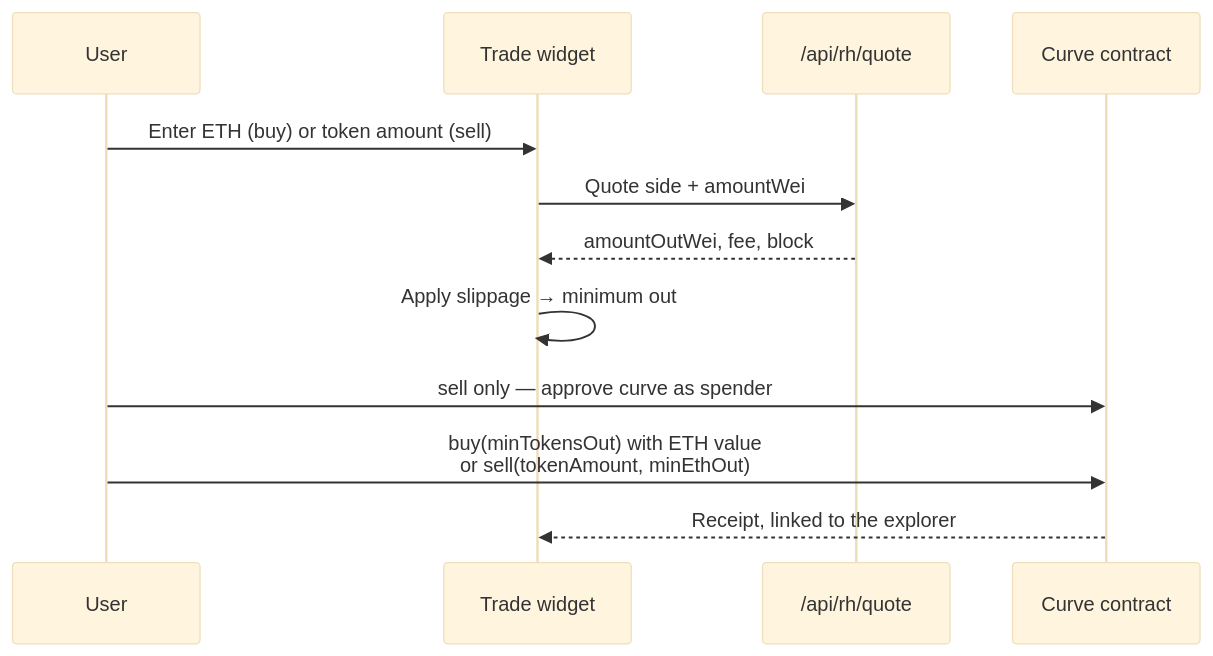
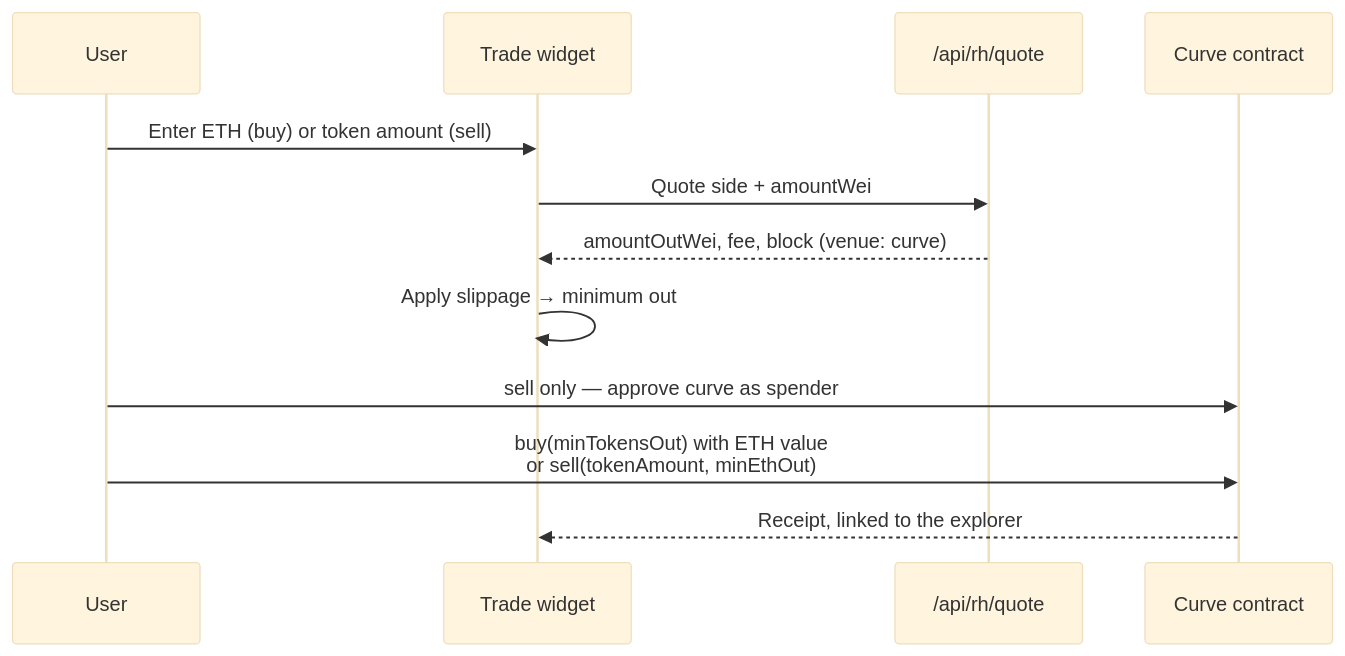
Before and after one commit to nrlartt/bagscan: the second of 3 diagrams in README.md, drawn with Mermaid (base theme). The commit also changed other lines of this file and 7 other files, not shown here.

````diff
--- a/README.md
+++ b/README.md
@@ -64,15 +67,15 @@
 ```mermaid
 sequenceDiagram
     participant User
     participant UI as Trade widget
     participant API as /api/rh/quote
     participant Chain as Curve contract
 
     User->>UI: Enter ETH (buy) or token amount (sell)
     UI->>API: Quote side + amountWei
-    API-->>UI: amountOutWei, fee, block
+    API-->>UI: amountOutWei, fee, block (venue: curve)
     UI->>UI: Apply slippage → minimum out
     User->>Chain: sell only — approve curve as spender
     User->>Chain: buy(minTokensOut) with ETH value<br/>or sell(tokenAmount, minEthOut)
     Chain-->>UI: Receipt, linked to the explorer
 ```
````
